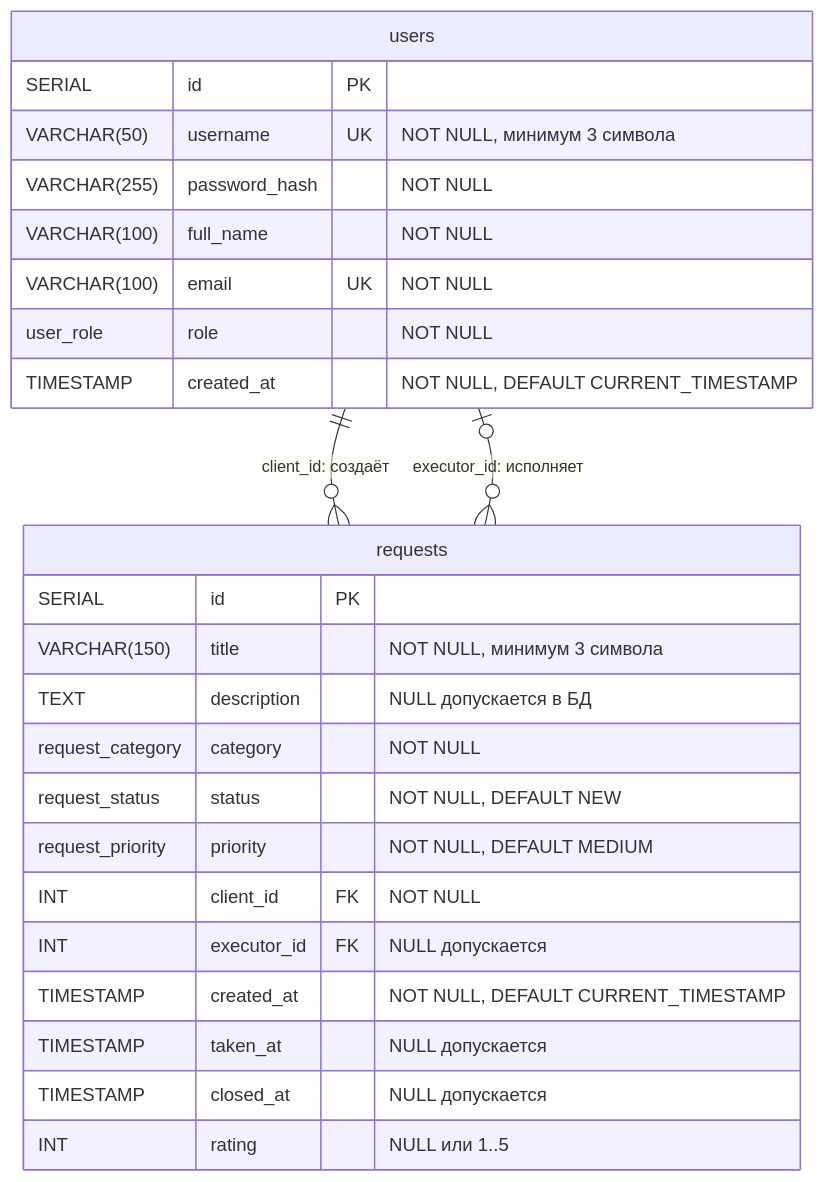
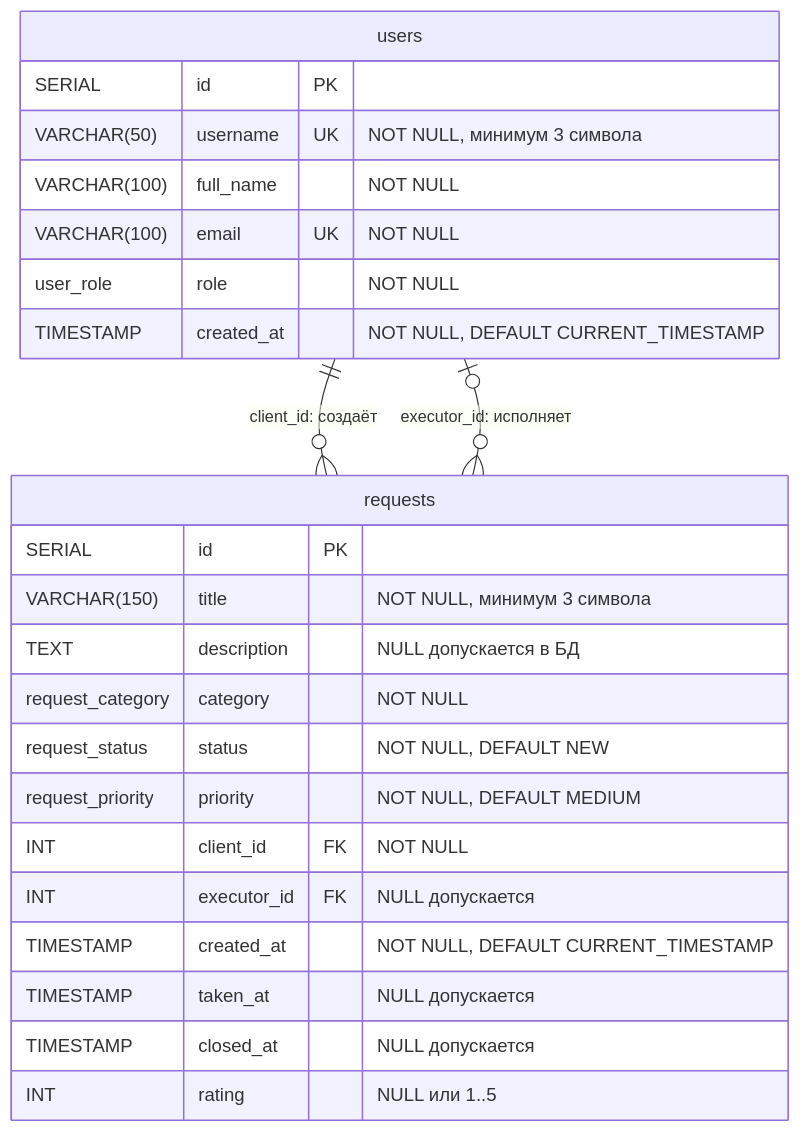
One commit to NikiVence/PCS-IT-OUTSOURCE changed the diagram in docs/er-diagram.md. Above: the diagram before and after it, drawn with Mermaid. The commit also changed 20 other files, not shown here.

````diff
--- a/docs/er-diagram.md
+++ b/docs/er-diagram.md
@@ -5,29 +5,28 @@
 ```mermaid
 erDiagram
     users ||--o{ requests : "client_id: создаёт"
     users |o--o{ requests : "executor_id: исполняет"
 
     users {
         SERIAL id PK
         VARCHAR(50) username UK "NOT NULL, минимум 3 символа"
-        VARCHAR(255) password_hash "NOT NULL"
         VARCHAR(100) full_name "NOT NULL"
         VARCHAR(100) email UK "NOT NULL"
         user_role role "NOT NULL"
         TIMESTAMP created_at "NOT NULL, DEFAULT CURRENT_TIMESTAMP"
     }
     requests {
         SERIAL id PK
         VARCHAR(150) title "NOT NULL, минимум 3 символа"
         TEXT description "NULL допускается в БД"
         request_category category "NOT NULL"
         request_status status "NOT NULL, DEFAULT NEW"
         request_priority priority "NOT NULL, DEFAULT MEDIUM"
         INT client_id FK "NOT NULL"
         INT executor_id FK "NULL допускается"
         TIMESTAMP created_at "NOT NULL, DEFAULT CURRENT_TIMESTAMP"
         TIMESTAMP taken_at "NULL допускается"
         TIMESTAMP closed_at "NULL допускается"
         INT rating "NULL или 1..5"
     }
 ```
````
